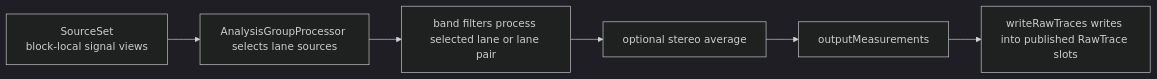
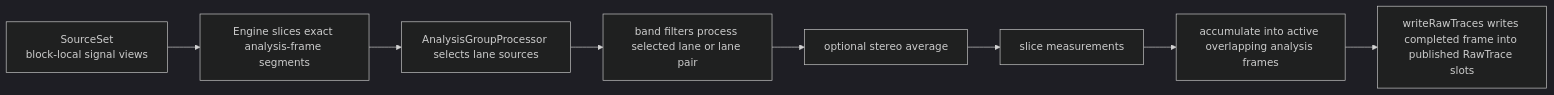
Before and after one commit to Silenterc/Band-Spectrum-Analyzer: the sixth of 8 diagrams in docs/audio-processing-architecture.md, drawn with Mermaid (dark theme). The commit also changed other lines of this file and 8 other files, not shown here.

````diff
--- a/docs/audio-processing-architecture.md
+++ b/docs/audio-processing-architecture.md
@@ -154,8 +160,10 @@
 ```mermaid
 flowchart LR
-    SourceSet[SourceSet\nblock-local signal views] --> Select[AnalysisGroupProcessor selects lane sources]
+    SourceSet[SourceSet\nblock-local signal views] --> Slice[Engine slices exact analysis-frame segments]
+    Slice --> Select[AnalysisGroupProcessor selects lane sources]
     Select --> Filter[band filters process selected lane or lane pair]
     Filter --> Mix[optional stereo average]
-    Mix --> Measurements[outputMeasurements]
-    Measurements --> RawTrace[writeRawTraces writes into published RawTrace slots]
+    Mix --> SliceMeasurements[slice measurements]
+    SliceMeasurements --> Accumulate[accumulate into active overlapping analysis frames]
+    Accumulate --> RawTrace[writeRawTraces writes completed frame into published RawTrace slots]
 ```
````
